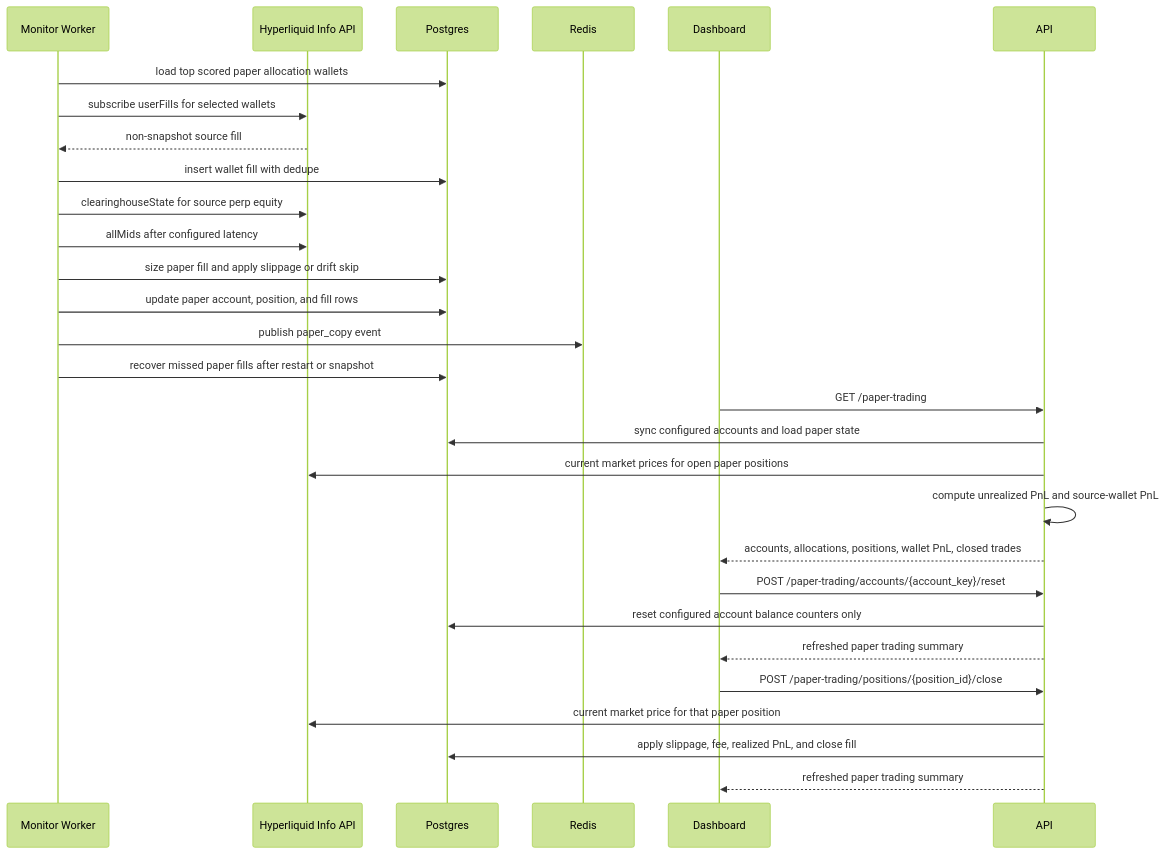
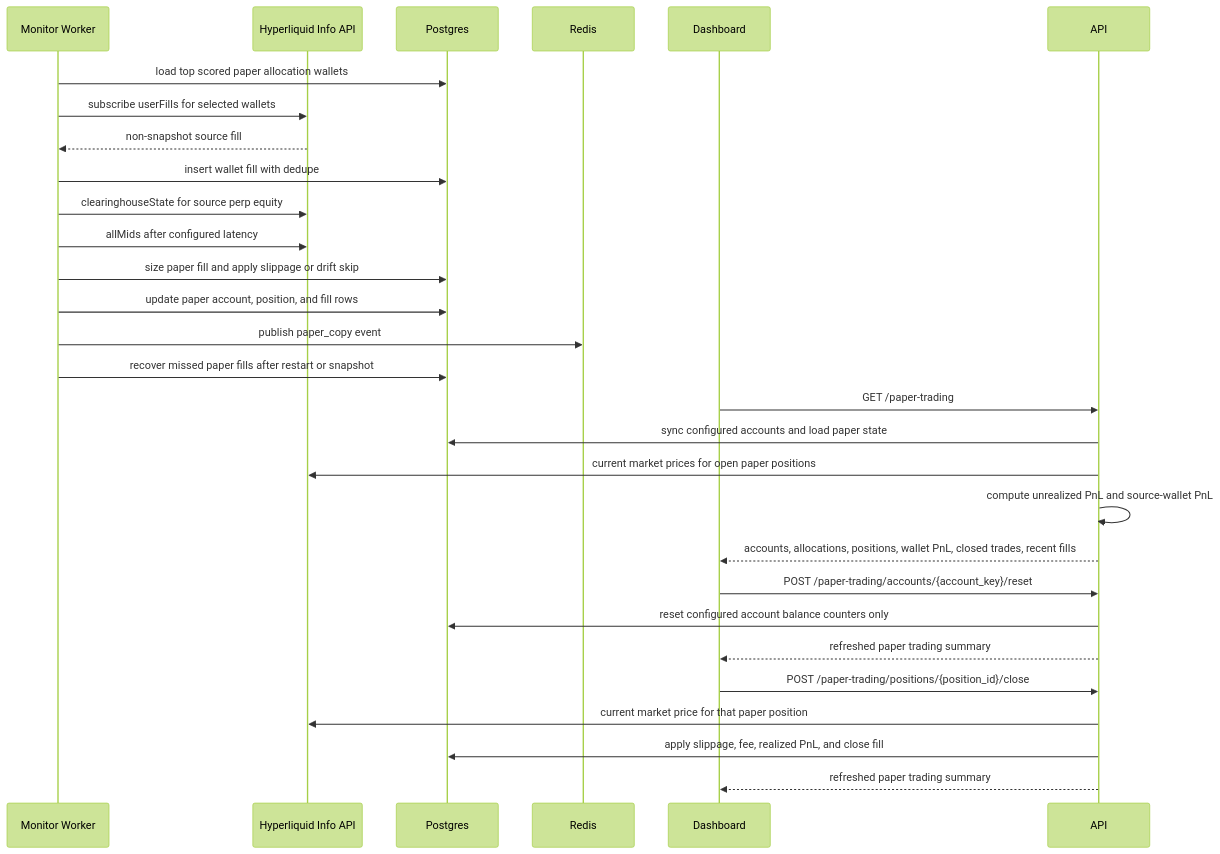
The ninth of 9 diagrams in docs/architecture.md (DrottPoker/copytrading-agent), drawn with Mermaid (forest theme) before and after one commit. The commit also changed other lines of this file and 13 other files, not shown here.

````diff
--- a/docs/architecture.md
+++ b/docs/architecture.md
@@ -441,31 +444,31 @@
 ```mermaid
 sequenceDiagram
   participant Worker as Monitor Worker
   participant HL as Hyperliquid Info API
   participant DB as Postgres
   participant Redis as Redis
   participant UI as Dashboard
 
   Worker->>DB: load top scored paper allocation wallets
   Worker->>HL: subscribe userFills for selected wallets
   HL-->>Worker: non-snapshot source fill
   Worker->>DB: insert wallet fill with dedupe
   Worker->>HL: clearinghouseState for source perp equity
   Worker->>HL: allMids after configured latency
   Worker->>DB: size paper fill and apply slippage or drift skip
   Worker->>DB: update paper account, position, and fill rows
   Worker->>Redis: publish paper_copy event
   Worker->>DB: recover missed paper fills after restart or snapshot
   UI->>API: GET /paper-trading
   API->>DB: sync configured accounts and load paper state
   API->>HL: current market prices for open paper positions
   API->>API: compute unrealized PnL and source-wallet PnL
-  API-->>UI: accounts, allocations, positions, wallet PnL, closed trades
+  API-->>UI: accounts, allocations, positions, wallet PnL, closed trades, recent fills
   UI->>API: POST /paper-trading/accounts/{account_key}/reset
   API->>DB: reset configured account balance counters only
   API-->>UI: refreshed paper trading summary
   UI->>API: POST /paper-trading/positions/{position_id}/close
   API->>HL: current market price for that paper position
   API->>DB: apply slippage, fee, realized PnL, and close fill
   API-->>UI: refreshed paper trading summary
 ```
````
